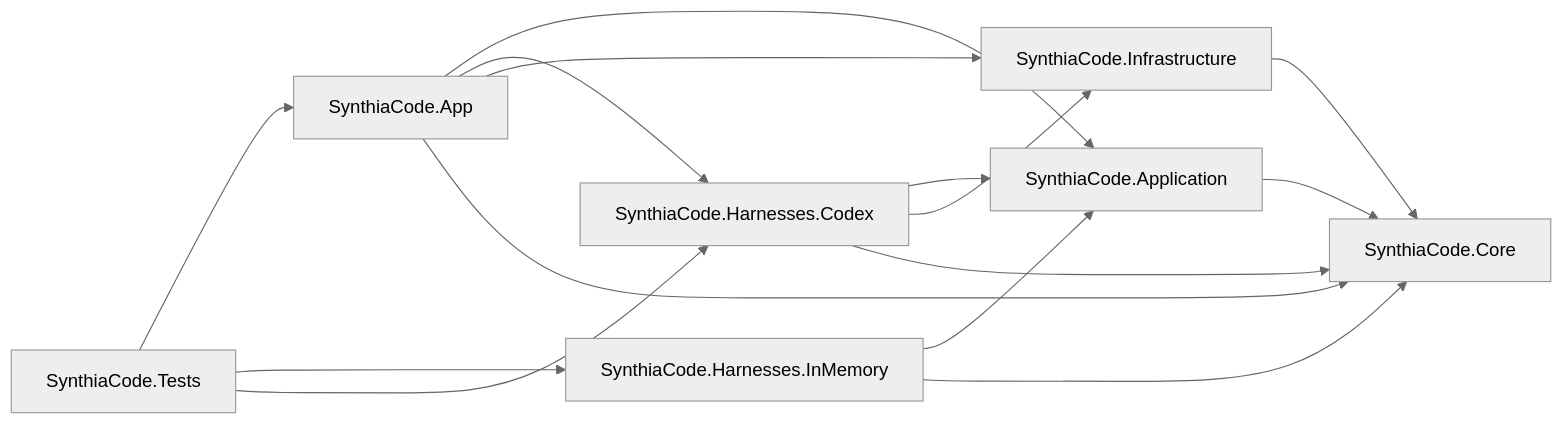
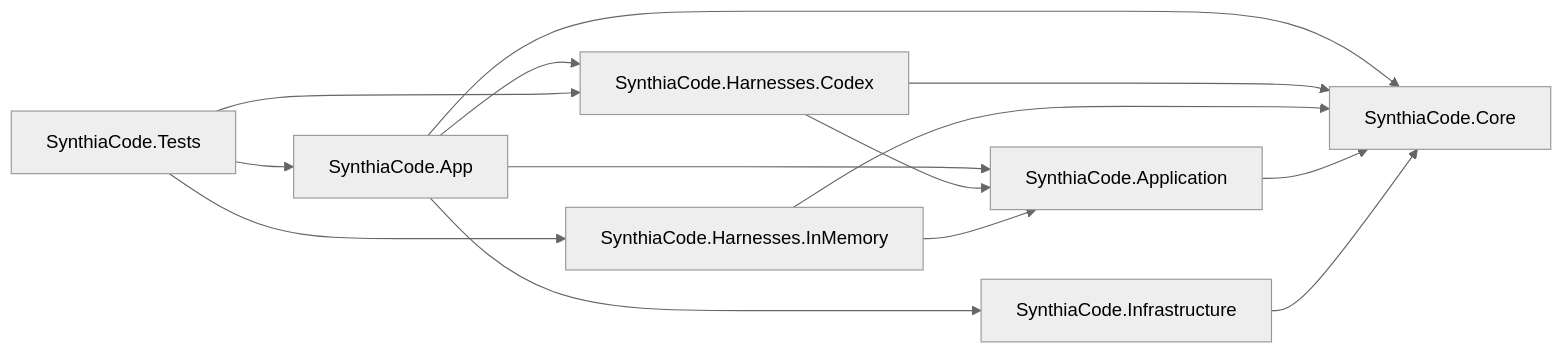
Before and after one commit to Scorpinaus/SynthiaCodex: the first of 4 diagrams in docs/current-architecture.md, drawn with Mermaid (neutral theme). The commit also changed other lines of this file and 13 other files, not shown here.

````diff
--- a/docs/current-architecture.md
+++ b/docs/current-architecture.md
@@ -25,17 +25,16 @@
 ```mermaid
 flowchart LR
     App["SynthiaCode.App"] --> Application["SynthiaCode.Application"]
     App --> CodexHarness["SynthiaCode.Harnesses.Codex"]
     App --> Infrastructure["SynthiaCode.Infrastructure"]
     App --> Core["SynthiaCode.Core"]
     CodexHarness --> Application
-    CodexHarness --> Infrastructure
     CodexHarness --> Core
     InMemory["SynthiaCode.Harnesses.InMemory"] --> Application
     InMemory --> Core
     Application --> Core
     Infrastructure --> Core
     Tests["SynthiaCode.Tests"] --> App
     Tests --> InMemory
     Tests --> CodexHarness
 ```
````
